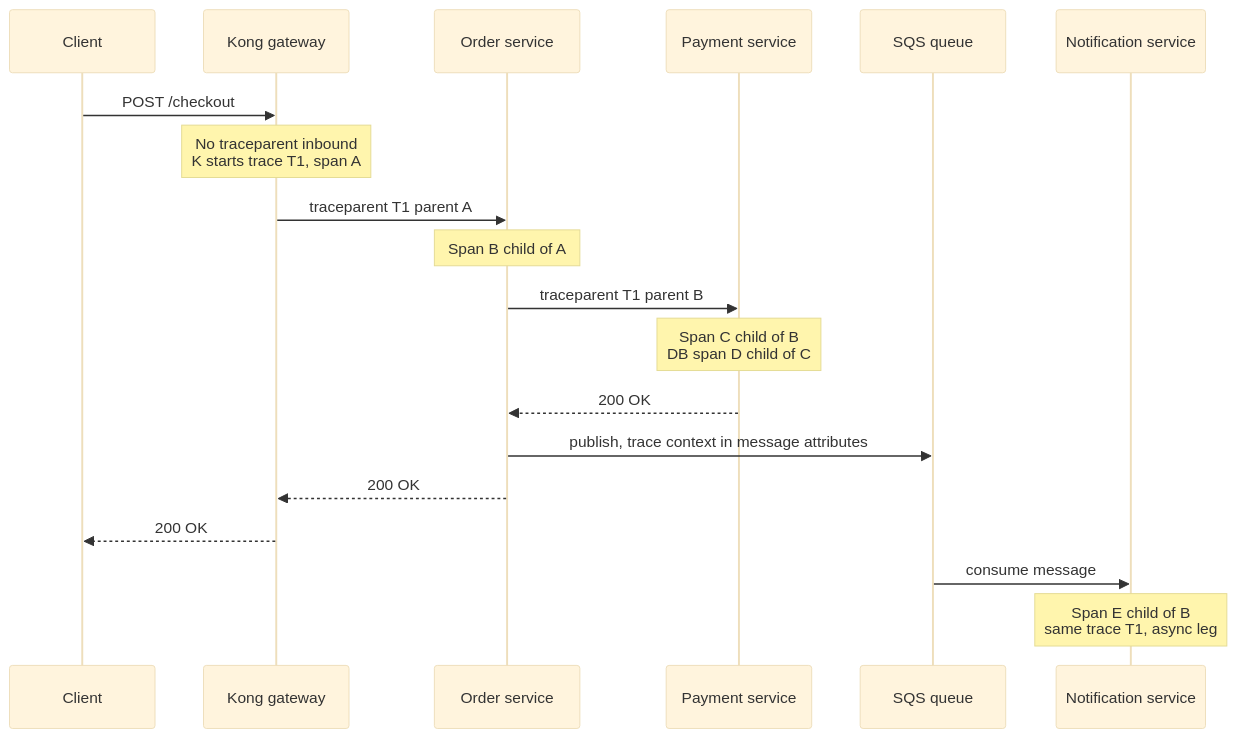
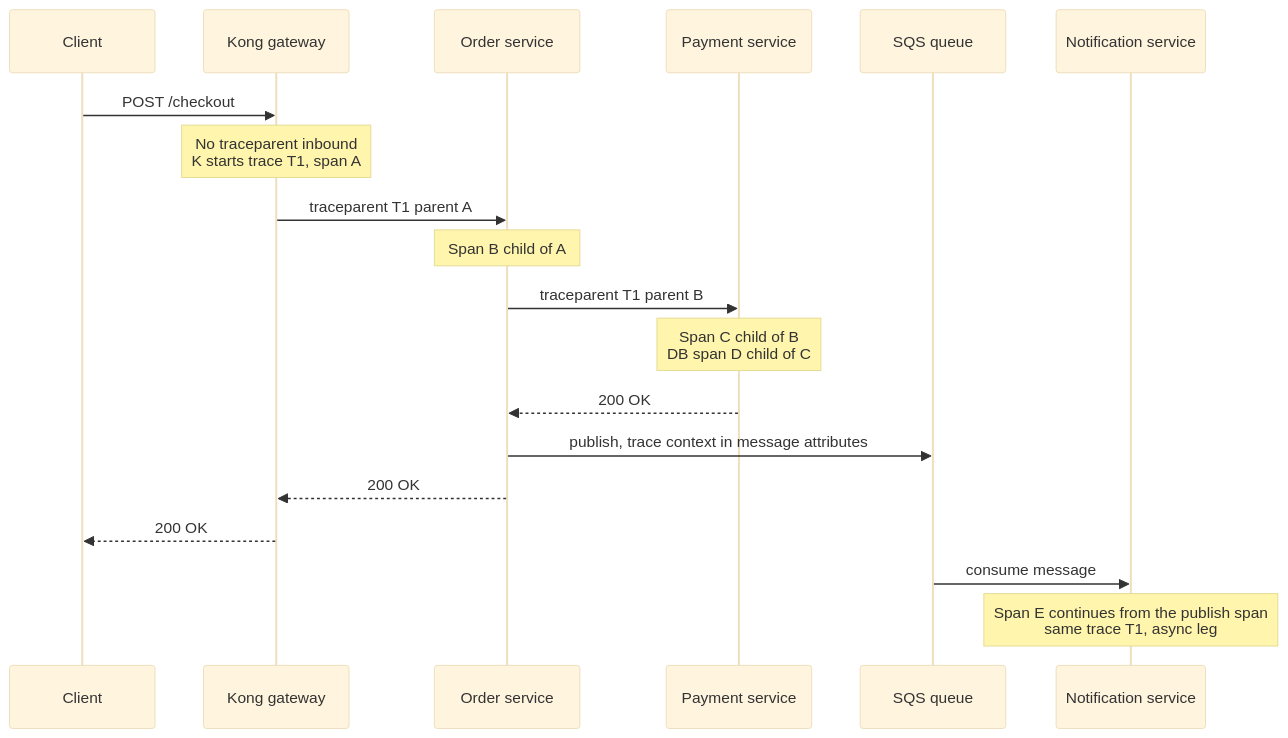
The diagram in system-design/13 Observability/Distributed Tracing.md (kunal-ladh/learn-system-design), drawn with Mermaid (base theme) before and after one commit. The commit also changed other lines of this file and 32 other files, not shown here.

````diff
--- a/system-design/13 Observability/Distributed Tracing.md
+++ b/system-design/13 Observability/Distributed Tracing.md
@@ -56,21 +56,21 @@
 ```mermaid
 sequenceDiagram
     participant C as Client
     participant K as Kong gateway
     participant O as Order service
     participant P as Payment service
     participant Q as SQS queue
     participant N as Notification service
     C->>K: POST /checkout
     Note over K: No traceparent inbound<br/>K starts trace T1, span A
     K->>O: traceparent T1 parent A
     Note over O: Span B child of A
     O->>P: traceparent T1 parent B
     Note over P: Span C child of B<br/>DB span D child of C
     P-->>O: 200 OK
     O->>Q: publish, trace context in message attributes
     O-->>K: 200 OK
     K-->>C: 200 OK
     Q->>N: consume message
-    Note over N: Span E child of B<br/>same trace T1, async leg
+    Note over N: Span E continues from the publish span<br/>same trace T1, async leg
 ```
````
